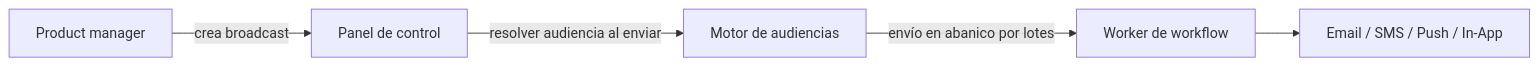
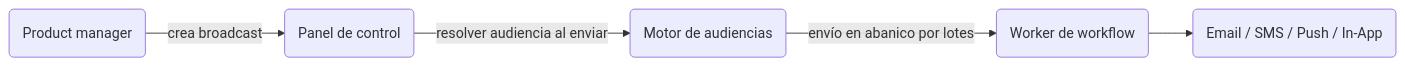
One commit to KriyanshKhunt/nexus_docs changed the diagram in content/docs/es/platform/features/broadcasts.mdx. Above: the diagram before and after it, drawn with Mermaid. The commit also changed 20 other files, not shown here.

Commit message:
Handle es Mermaid charts

````diff
--- a/content/docs/es/platform/features/broadcasts.mdx
+++ b/content/docs/es/platform/features/broadcasts.mdx
@@ -19,7 +19,7 @@
 ```mermaid
 flowchart LR
-  PM[Product manager] -->|crea broadcast| Dash[Panel de control]
-  Dash -->|resolver audiencia al enviar| Aud[Motor de audiencias]
-  Aud -->|envío en abanico por lotes| Worker[Worker de workflow]
-  Worker --> Ch[Email / SMS / Push / In-App]
+  PM(Product manager) -->|crea broadcast| Dash(Panel de control)
+  Dash -->|resolver audiencia al enviar| Aud(Motor de audiencias)
+  Aud -->|envío en abanico por lotes| Worker(Worker de workflow)
+  Worker --> Ch(Email / SMS / Push / In-App)
 ```
````
